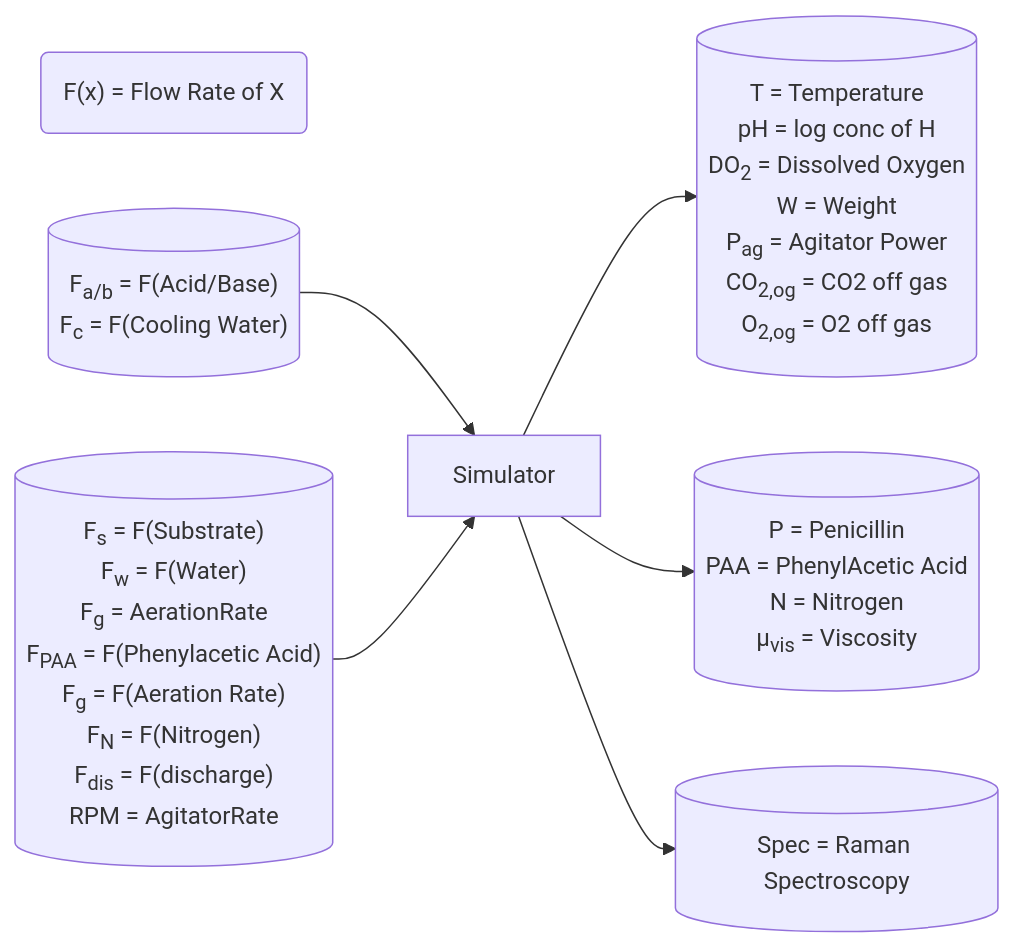
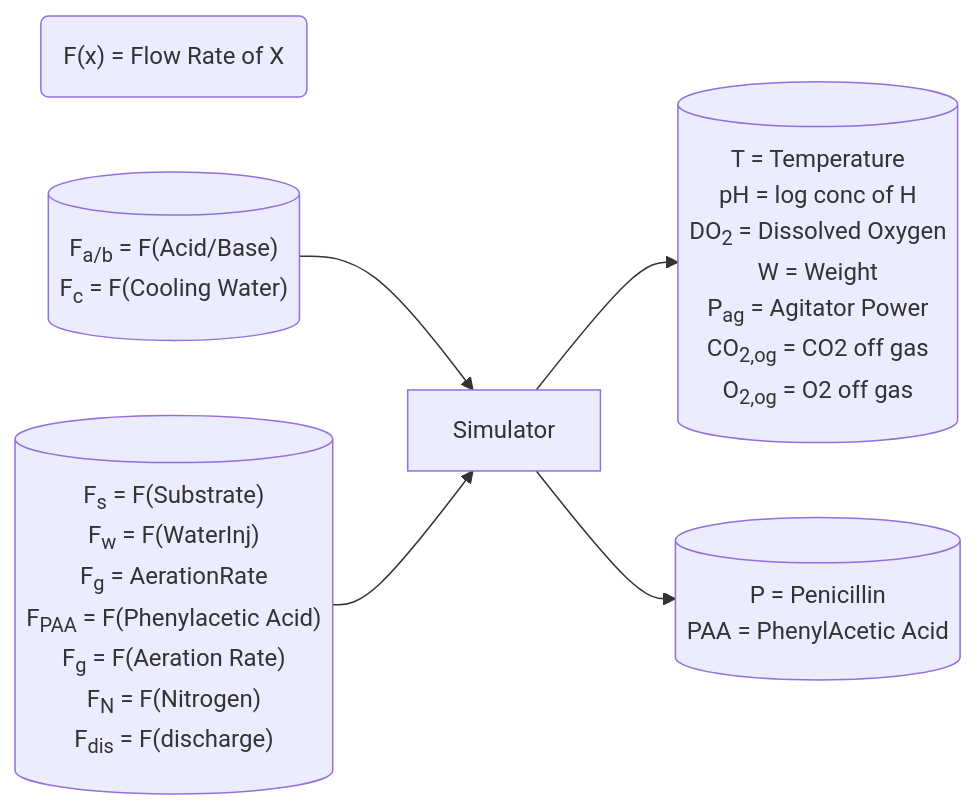
The diagram in docs/paper.md (plutoniumm/MLTests), drawn with Mermaid before and after one commit. The commit also changed 3 other files, not shown here.

````diff
--- a/docs/paper.md
+++ b/docs/paper.md
@@ -7,44 +7,35 @@
 ```mermaid
 flowchart LR
 
 Legend1("F(x) = Flow Rate of X")
 
 Sim[Simulator]
 
 AutoInputs[("
 F<sub>a/b</sub> = F(Acid/Base)
 F<sub>c</sub> = F(Cooling Water)")]
 ManInputs[("
 F<sub>s</sub> = F(Substrate)
-F<sub>w</sub> = F(Water)
+F<sub>w</sub> = F(WaterInj)
 F<sub>g</sub> = AerationRate
 F<sub>PAA</sub> = F(Phenylacetic Acid)
 F<sub>g</sub> = F(Aeration Rate)
 F<sub>N</sub> = F(Nitrogen)
-F<sub>dis</sub> = F(discharge)
-RPM = AgitatorRate")]
+F<sub>dis</sub> = F(discharge)")]
 
 SensorOutputs[("
 T = Temperature
 pH = log conc of H
 DO<sub>2</sub> = Dissolved Oxygen
 W = Weight
 P<sub>ag</sub> = Agitator Power
 CO<sub>2,og</sub> = CO2 off gas
 O<sub>2,og</sub> = O2 off gas
 ")]
 PhysOutputs[("
 P = Penicillin
 PAA = PhenylAcetic Acid
-N = Nitrogen
-µ<sub>vis</sub> = Viscosity
-")]
-PATOutputs[("
-Spec = Raman Spectroscopy
 ")]
 
-
-
-
-AutoInputs & ManInputs --> Sim --> SensorOutputs & PhysOutputs & PATOutputs
+AutoInputs & ManInputs --> Sim --> SensorOutputs & PhysOutputs
 ```
````
